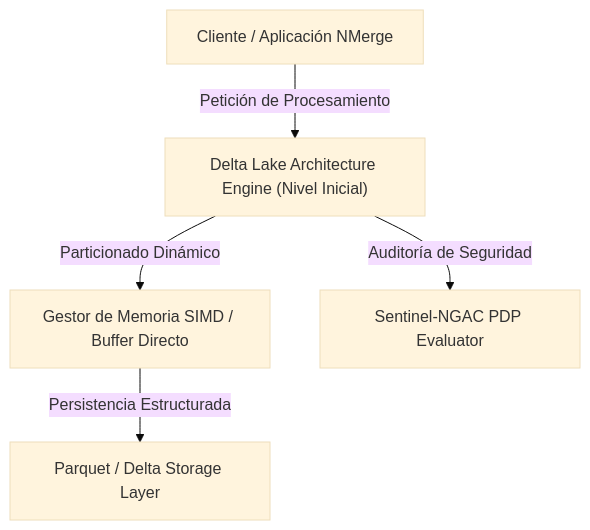
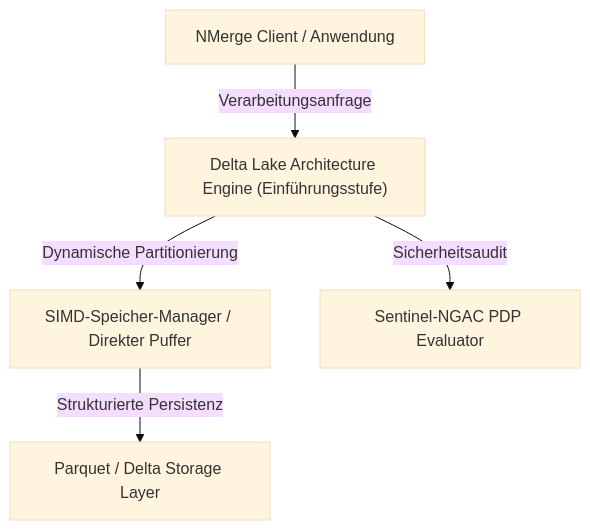
The diagram in public/docs/de/datascience_deltalake.md (gjpierp/nmergeia), drawn with Mermaid (base theme) before and after one commit. The commit also changed other lines of this file and 182 other files, not shown here.

Commit message:
fix(i18n): sincronizar claves de menú i18n para los 7 idiomas, traducir diagramas Mermaid y agregar fallback a español contra 404 de Vite

````diff
--- a/public/docs/de/datascience_deltalake.md
+++ b/public/docs/de/datascience_deltalake.md
@@ -16,7 +16,7 @@
 ```mermaid
 flowchart TD
-    A["Cliente / Aplicación NMerge"] -->|Petición de Procesamiento| B["Delta Lake Architecture Engine (Nivel Inicial)"]
-    B -->|Particionado Dinámico| C["Gestor de Memoria SIMD / Buffer Directo"]
-    C -->|Persistencia Estructurada| D["Parquet / Delta Storage Layer"]
-    B -->|Auditoría de Seguridad| E["Sentinel-NGAC PDP Evaluator"]
+    A["NMerge Client / Anwendung"] -->|Verarbeitungsanfrage| B["Delta Lake Architecture Engine (Einführungsstufe)"]
+    B -->|Dynamische Partitionierung| C["SIMD-Speicher-Manager / Direkter Puffer"]
+    C -->|Strukturierte Persistenz| D["Parquet / Delta Storage Layer"]
+    B -->|Sicherheitsaudit| E["Sentinel-NGAC PDP Evaluator"]
 ```
````
